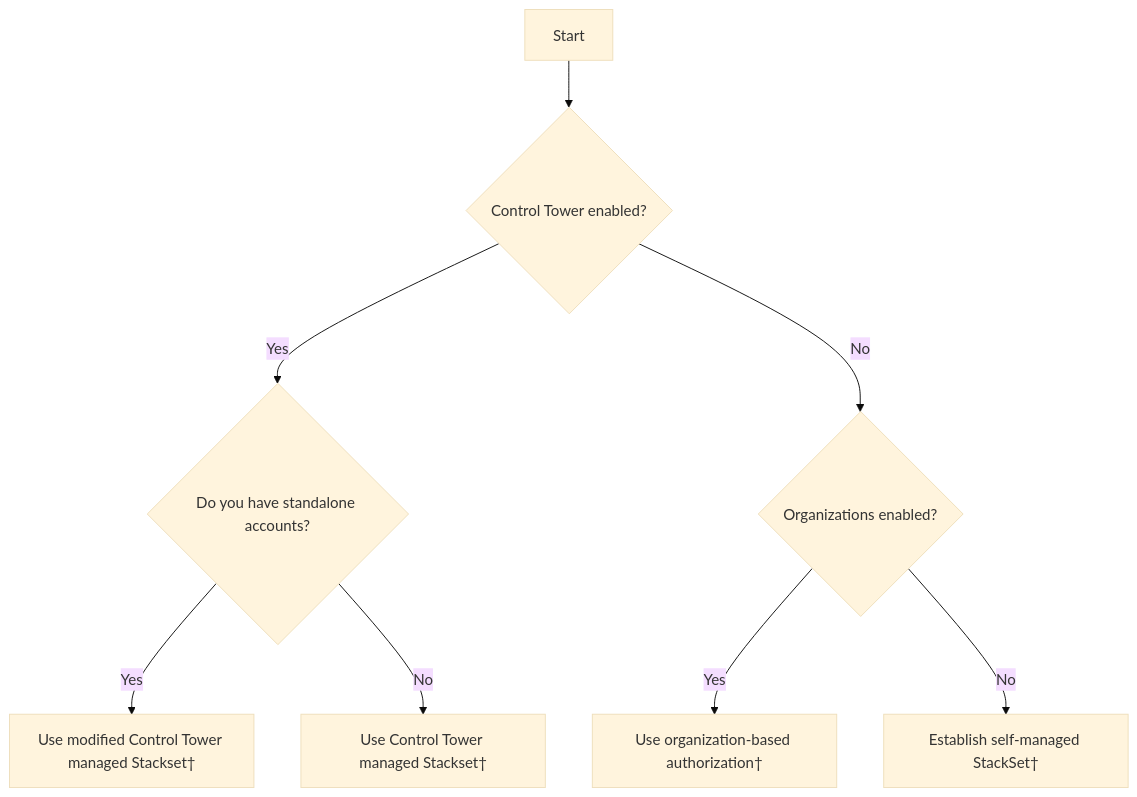
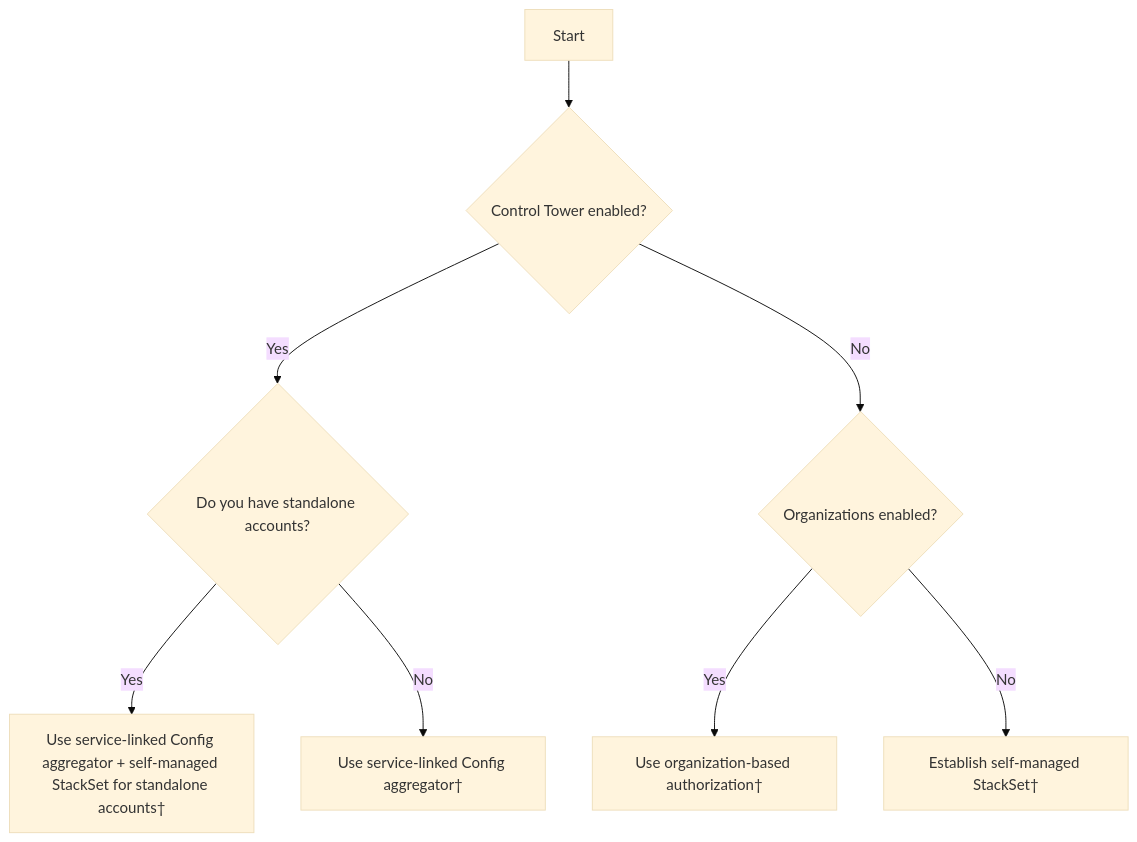
The diagram in cloud-operations-best-practices/docs/guides/AWS Config/multi-account multi-region/index.md (aws-samples/cloud-operations-best-practices), drawn with Mermaid (base theme) before and after one commit. The commit also changed other lines of this file and 4 other files, not shown here.

````diff
--- a/cloud-operations-best-practices/docs/guides/AWS Config/multi-account multi-region/index.md
+++ b/cloud-operations-best-practices/docs/guides/AWS Config/multi-account multi-region/index.md
@@ -76,14 +90,14 @@
 ```mermaid
 graph TD;
     A[Start] --> B{Control Tower enabled?};
     B -->|Yes| C{Do you have standalone accounts?};
     B -->|No| D{Organizations enabled?}
-    C -->|Yes| E[Use modified Control Tower managed Stackset#dagger;];
-    C -->|No| F[Use Control Tower managed Stackset#dagger; ];
+    C -->|Yes| E[Use service-linked Config aggregator + self-managed StackSet for standalone accounts#dagger;];
+    C -->|No| F[Use service-linked Config aggregator#dagger; ];
     D -->|Yes| G[Use organization-based authorization#dagger;];
     D -->|No| H[Establish self-managed StackSet#dagger;];
     click E "https://github.com/aws-samples/aws-control-tower-config-customization";
-    click F "https://docs.aws.amazon.com/controltower/latest/userguide/monitoring-with-config.html";
+    click F "https://docs.aws.amazon.com/controltower/latest/userguide/config.html";
     click G "https://docs.aws.amazon.com/config/latest/developerguide/aggregated-create.html";
     click H "(#enable-aws-config-across-all-accounts-in-multiple-regions)";
 ```
````
